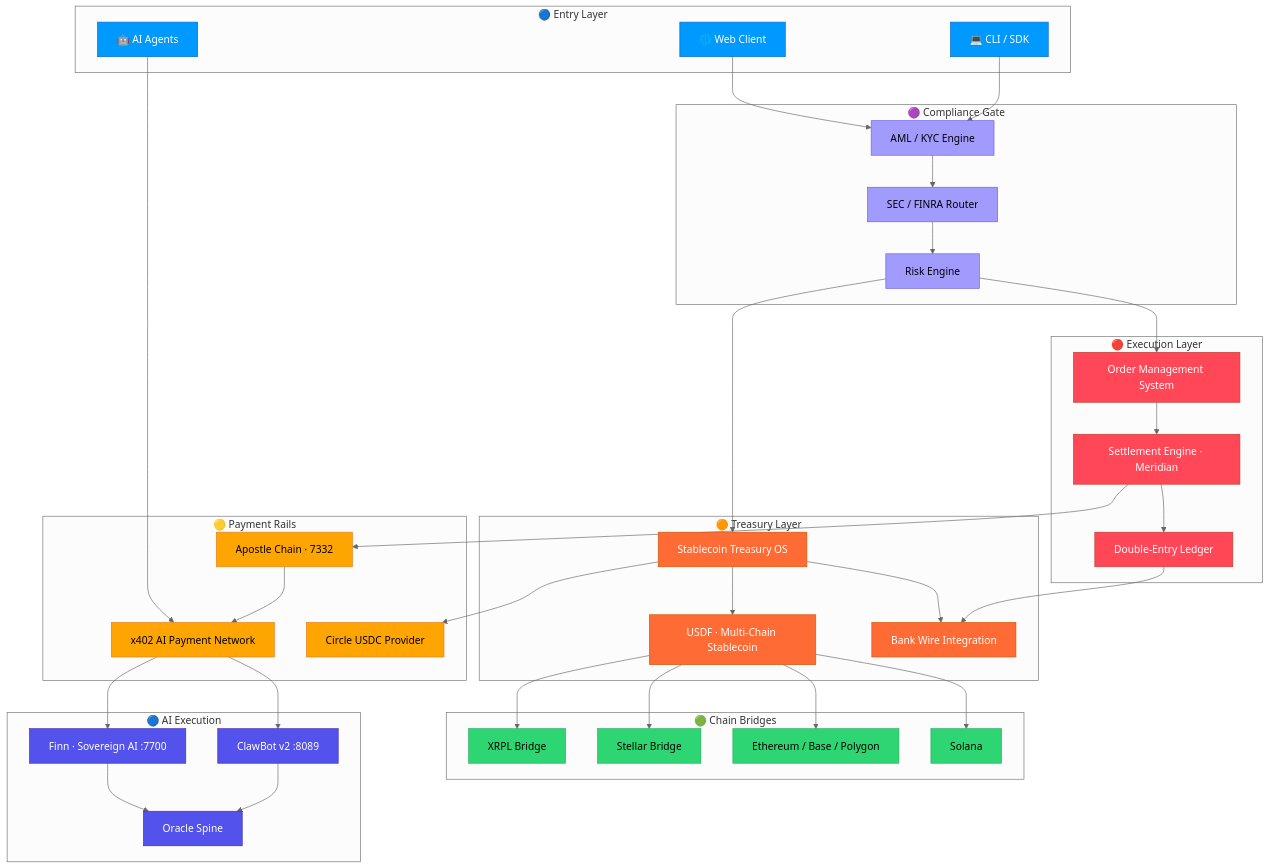
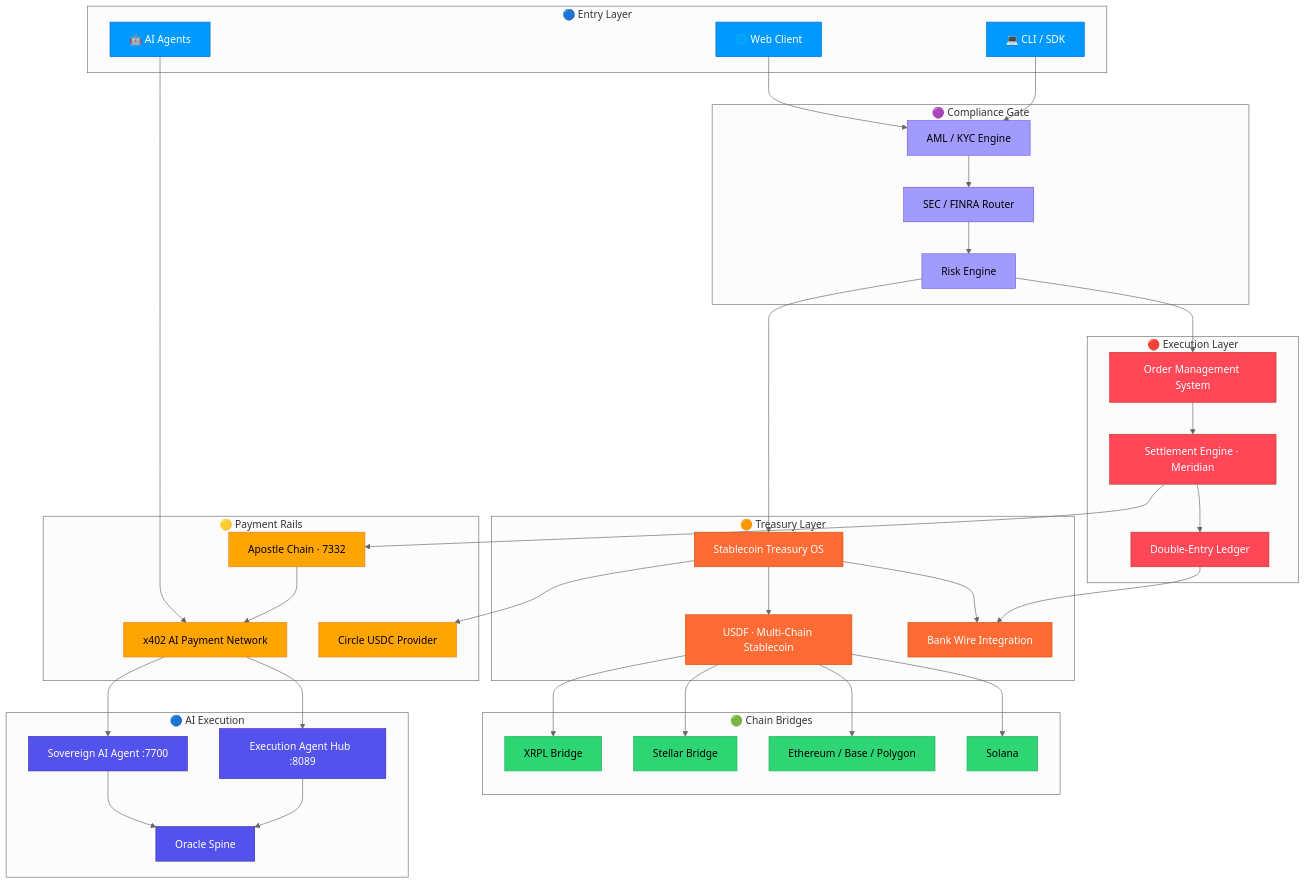
The first of 4 diagrams in README.md (FTHTrading/M1), drawn with Mermaid (neutral theme) before and after one commit. The commit also changed other lines of this file, not shown here.

```diff
--- a/README.md
+++ b/README.md
@@ -133,8 +133,8 @@
     end
 
     subgraph AI_LAYER["🔵  AI Execution"]
-        FINN["Finn · Sovereign AI  :7700"]
-        CLAW["ClawBot v2  :8089"]
+        FINN["Sovereign AI Agent  :7700"]
+        CLAW["Execution Agent Hub  :8089"]
         ORACLE["Oracle Spine"]
     end
 
```
